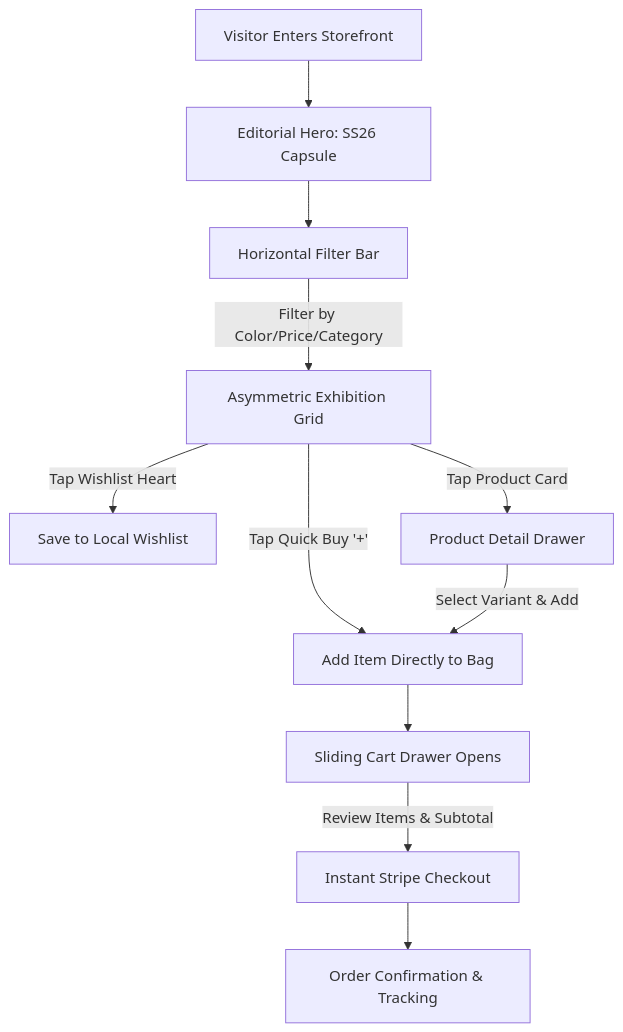
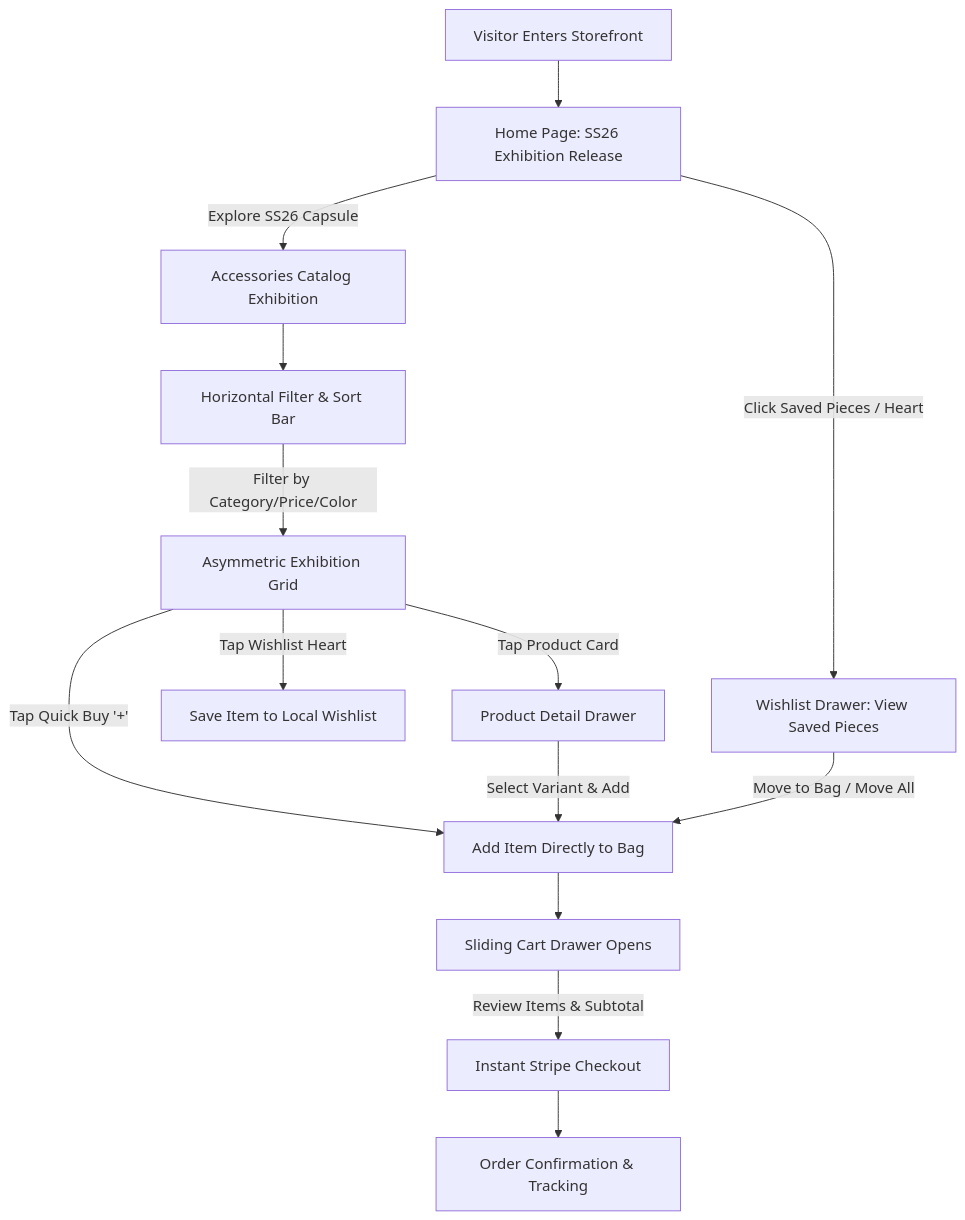
Before and after one commit to MeghrajDhakal/Prompt_Wars: the first of 2 diagrams in product_requirement_specification.md, drawn with Mermaid. The commit also changed other lines of this file and 3 other files, not shown here.

Commit message:
feat: add grand editorial home page and dedicated interactive wishlist drawer

````diff
--- a/product_requirement_specification.md
+++ b/product_requirement_specification.md
@@ -37,13 +37,16 @@
 ```mermaid
 flowchart TD
-    A[Visitor Enters Storefront] --> B[Editorial Hero: SS26 Capsule]
-    B --> C[Horizontal Filter Bar]
-    C -->|Filter by Color/Price/Category| D[Asymmetric Exhibition Grid]
-    D -->|Tap Wishlist Heart| E[Save to Local Wishlist]
-    D -->|Tap Quick Buy '+'| F[Add Item Directly to Bag]
-    D -->|Tap Product Card| G[Product Detail Drawer]
+    A[Visitor Enters Storefront] --> B[Home Page: SS26 Exhibition Release]
+    B -->|Explore SS26 Capsule| C[Accessories Catalog Exhibition]
+    B -->|Click Saved Pieces / Heart| W[Wishlist Drawer: View Saved Pieces]
+    C --> D[Horizontal Filter & Sort Bar]
+    D -->|Filter by Category/Price/Color| E[Asymmetric Exhibition Grid]
+    E -->|Tap Wishlist Heart| W1[Save Item to Local Wishlist]
+    E -->|Tap Quick Buy '+'| F[Add Item Directly to Bag]
+    E -->|Tap Product Card| G[Product Detail Drawer]
     G -->|Select Variant & Add| F
+    W -->|Move to Bag / Move All| F
     F --> H[Sliding Cart Drawer Opens]
     H -->|Review Items & Subtotal| I[Instant Stripe Checkout]
     I --> J[Order Confirmation & Tracking]
 ```
````
